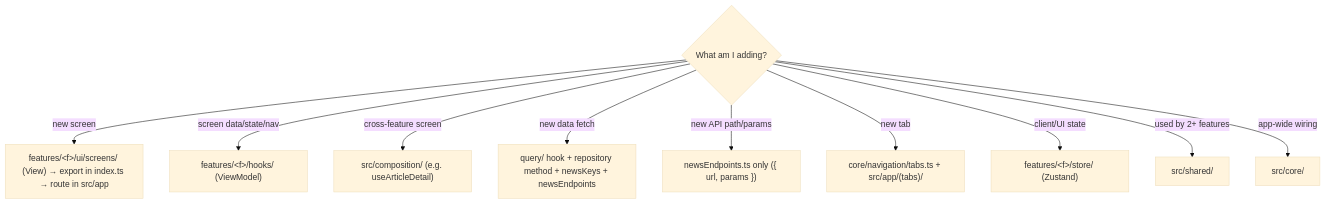
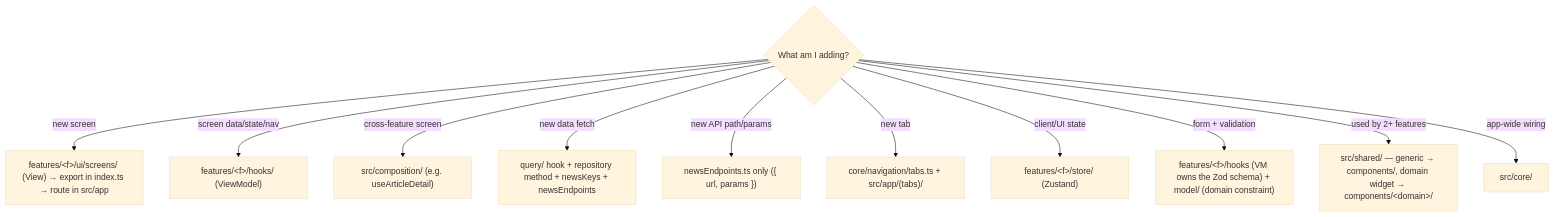
Before and after one commit to dev-mahmoud-elshenawy/opticore-news-demo: diagram 12 of 12 in ORIENTATION.md, drawn with Mermaid (base theme). The commit also changed other lines of this file and 1 other file, not shown here.

First line of the commit message:
docs: update architecture guide for facades + settings feature

````diff
--- a/ORIENTATION.md
+++ b/ORIENTATION.md
@@ -207,13 +231,14 @@
 ```mermaid
 flowchart TD
     Q{What am I adding?}
     Q -->|new screen| A1["features/&lt;f&gt;/ui/screens/ (View) → export in index.ts → route in src/app"]
     Q -->|screen data/state/nav| A2["features/&lt;f&gt;/hooks/ (ViewModel)"]
     Q -->|cross-feature screen| A3["src/composition/ (e.g. useArticleDetail)"]
     Q -->|new data fetch| A4["query/ hook + repository method + newsKeys + newsEndpoints"]
     Q -->|new API path/params| A5["newsEndpoints.ts only ({ url, params })"]
     Q -->|new tab| A6["core/navigation/tabs.ts + src/app/(tabs)/"]
     Q -->|client/UI state| A7["features/&lt;f&gt;/store/ (Zustand)"]
-    Q -->|used by 2+ features| A8["src/shared/"]
+    Q -->|form + validation| A7b["features/&lt;f&gt;/hooks (VM owns the Zod schema) + model/ (domain constraint)"]
+    Q -->|used by 2+ features| A8["src/shared/ — generic → components/, domain widget → components/&lt;domain&gt;/"]
     Q -->|app-wide wiring| A9["src/core/"]
 ```
````
